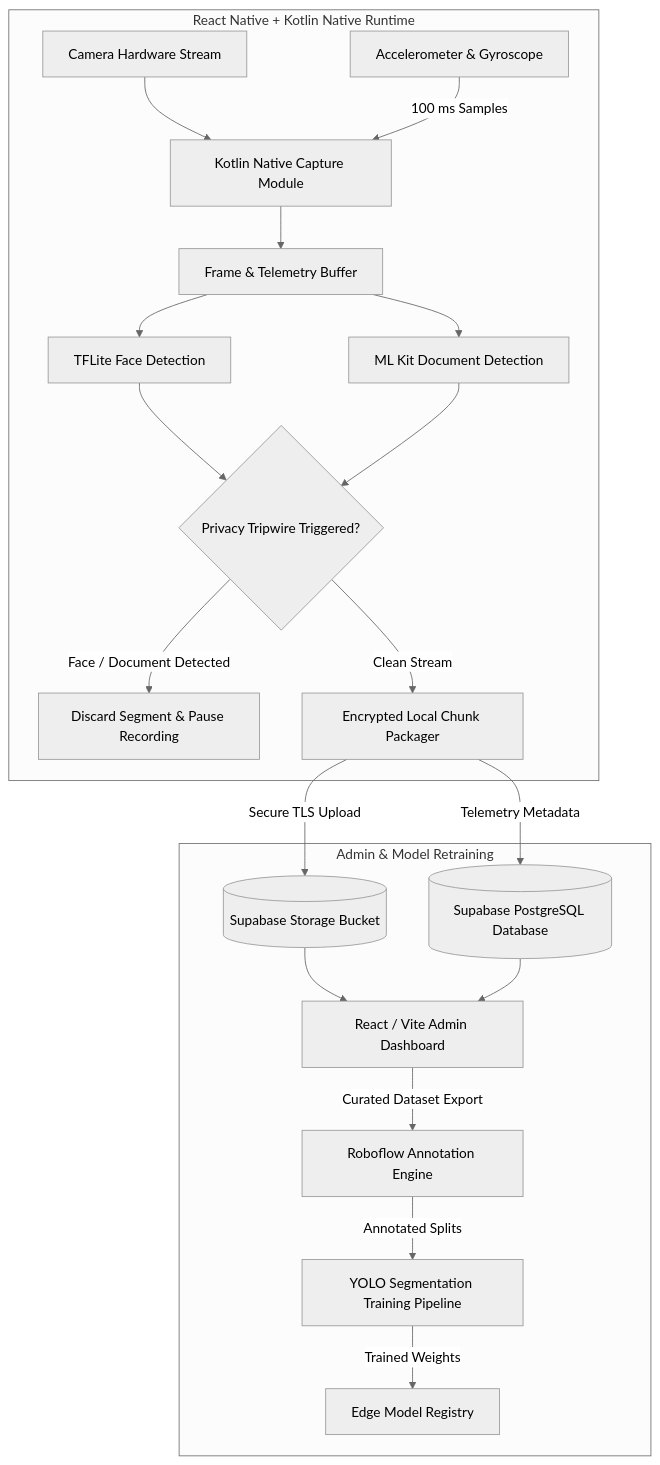
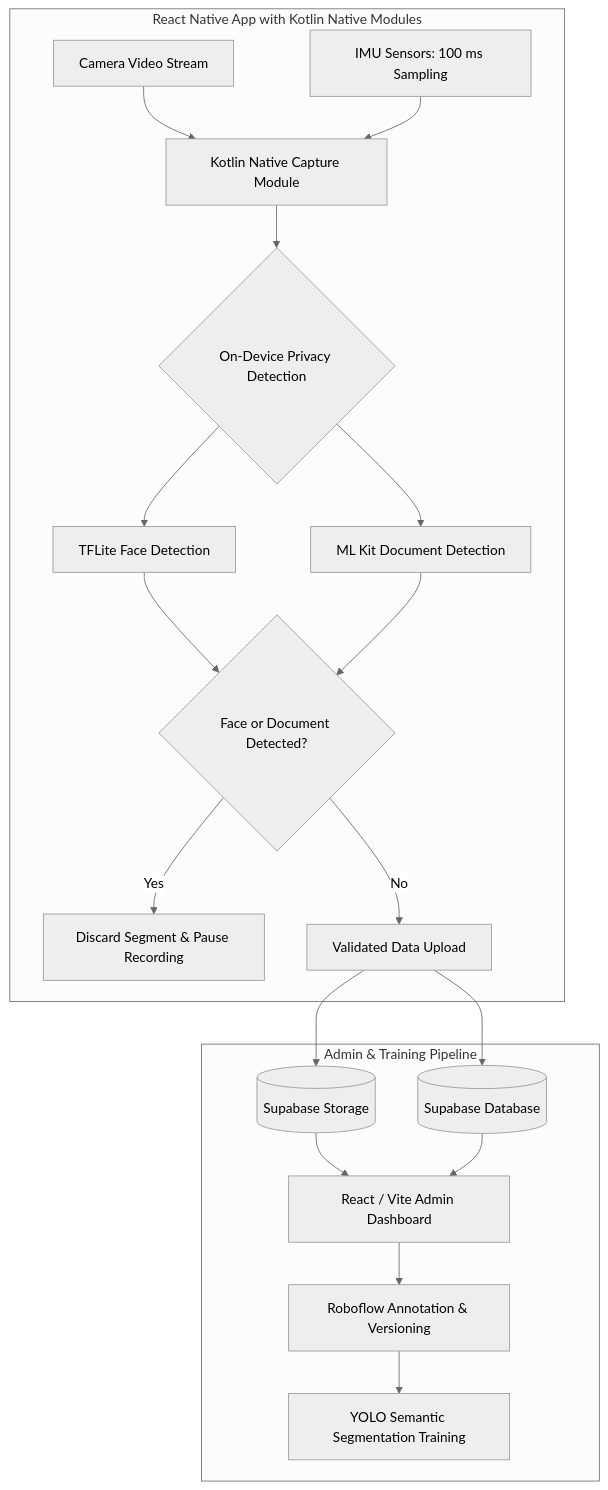
Before and after one commit to qproyect/qproject-showcase: the diagram in case-studies/qvision.md, drawn with Mermaid (neutral theme). The commit also changed other lines of this file and 8 other files, not shown here.

````diff
--- a/case-studies/qvision.md
+++ b/case-studies/qvision.md
@@ -24,28 +23,27 @@
 ```mermaid
 graph TD
-    subgraph Mobile Edge Capture [React Native + Kotlin Native Runtime]
-        Camera[Camera Hardware Stream] --> NativeBridge[Kotlin Native Capture Module]
-        IMUSensors[Accelerometer & Gyroscope] -->|100 ms Samples| NativeBridge
+    subgraph Mobile Edge Capture [React Native App with Kotlin Native Modules]
+        Camera[Camera Video Stream] --> KotlinModule[Kotlin Native Capture Module]
+        IMU[IMU Sensors: 100 ms Sampling] --> KotlinModule
 
-        NativeBridge --> FrameBuffer[Frame & Telemetry Buffer]
-        FrameBuffer --> TFLite[TFLite Face Detection]
-        FrameBuffer --> MLKit[ML Kit Document Detection]
+        KotlinModule --> PrivacyGating{On-Device Privacy Detection}
+        PrivacyGating --> TFLite[TFLite Face Detection]
+        PrivacyGating --> MLKit[ML Kit Document Detection]
 
-        TFLite --> PrivacyGate{Privacy Tripwire Triggered?}
-        MLKit --> PrivacyGate
+        TFLite --> TripwireDecision{Face or Document Detected?}
+        MLKit --> TripwireDecision
 
-        PrivacyGate -->|Face / Document Detected| DiscardAction[Discard Segment & Pause Recording]
-        PrivacyGate -->|Clean Stream| LocalPackager[Encrypted Local Chunk Packager]
+        TripwireDecision -->|Yes| DiscardPause[Discard Segment & Pause Recording]
+        TripwireDecision -->|No| UploadStream[Validated Data Upload]
     end
 
-    LocalPackager -->|Secure TLS Upload| StorageBucket[(Supabase Storage Bucket)]
-    LocalPackager -->|Telemetry Metadata| SupabaseDB[(Supabase PostgreSQL Database)]
+    UploadStream --> SupabaseStorage[(Supabase Storage)]
+    UploadStream --> SupabaseDB[(Supabase Database)]
 
-    subgraph Backoffice & Dataset Pipeline [Admin & Model Retraining]
-        StorageBucket --> AdminApp[React / Vite Admin Dashboard]
-        SupabaseDB --> AdminApp
-        AdminApp -->|Curated Dataset Export| Roboflow[Roboflow Annotation Engine]
-        Roboflow -->|Annotated Splits| TrainingCluster[YOLO Segmentation Training Pipeline]
-        TrainingCluster -->|Trained Weights| ModelRegistry[Edge Model Registry]
+    subgraph Dataset Validation & Training [Admin & Training Pipeline]
+        SupabaseStorage --> AdminDashboard[React / Vite Admin Dashboard]
+        SupabaseDB --> AdminDashboard
+        AdminDashboard --> Roboflow[Roboflow Annotation & Versioning]
+        Roboflow --> YOLOTraining[YOLO Semantic Segmentation Training]
     end
 ```
````
